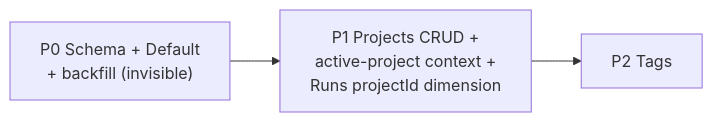
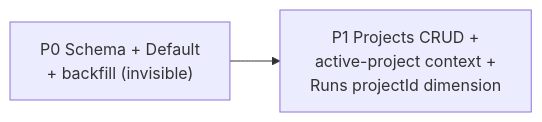
The third of 3 diagrams in docs/architecture/data-organization.md (Gile987/scope), drawn with Mermaid before and after one commit. The commit also changed other lines of this file and 2 other files, not shown here.

First line of the commit message:
docs: split cross-cutting tags into companion data-tags.md

````diff
--- a/docs/architecture/data-organization.md
+++ b/docs/architecture/data-organization.md
@@ -399,5 +432,4 @@
 ```mermaid
 flowchart LR
     P0["P0 Schema + Default<br/>+ backfill (invisible)"] --> P1["P1 Projects CRUD +<br/>active-project context +<br/>Runs projectId dimension"]
-    P1 --> P2["P2 Tags"]
 ```
````
